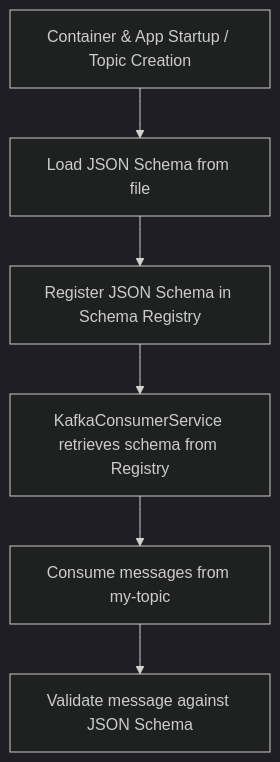
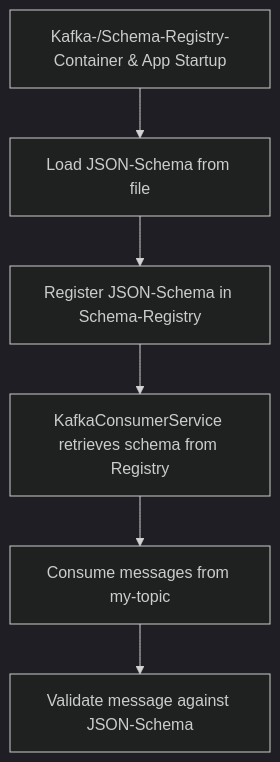
The diagram in README.md (kayroone/kafka-schema-registry-poc), drawn with Mermaid (dark theme) before and after one commit.

Commit message:
README.md

````diff
--- a/README.md
+++ b/README.md
@@ -7,8 +7,8 @@
 ```mermaid
 flowchart TD
-    D[Container & App Startup / Topic Creation ] --> D1[Load JSON Schema from file]
-    D1[Load JSON Schema from file] --> D3[Register JSON Schema in Schema Registry]
+    D[Kafka-/Schema-Registry-Container & App Startup] --> D1[Load JSON Schema from file]
+    D1[Load JSON-Schema from file] --> D3[Register JSON-Schema in Schema-Registry]
     D3 --> E[KafkaConsumerService retrieves schema from Registry]
     E --> F[Consume messages from my-topic]
-    F --> G[Validate message against JSON Schema]
+    F --> G[Validate message against JSON-Schema]
 ```
````
